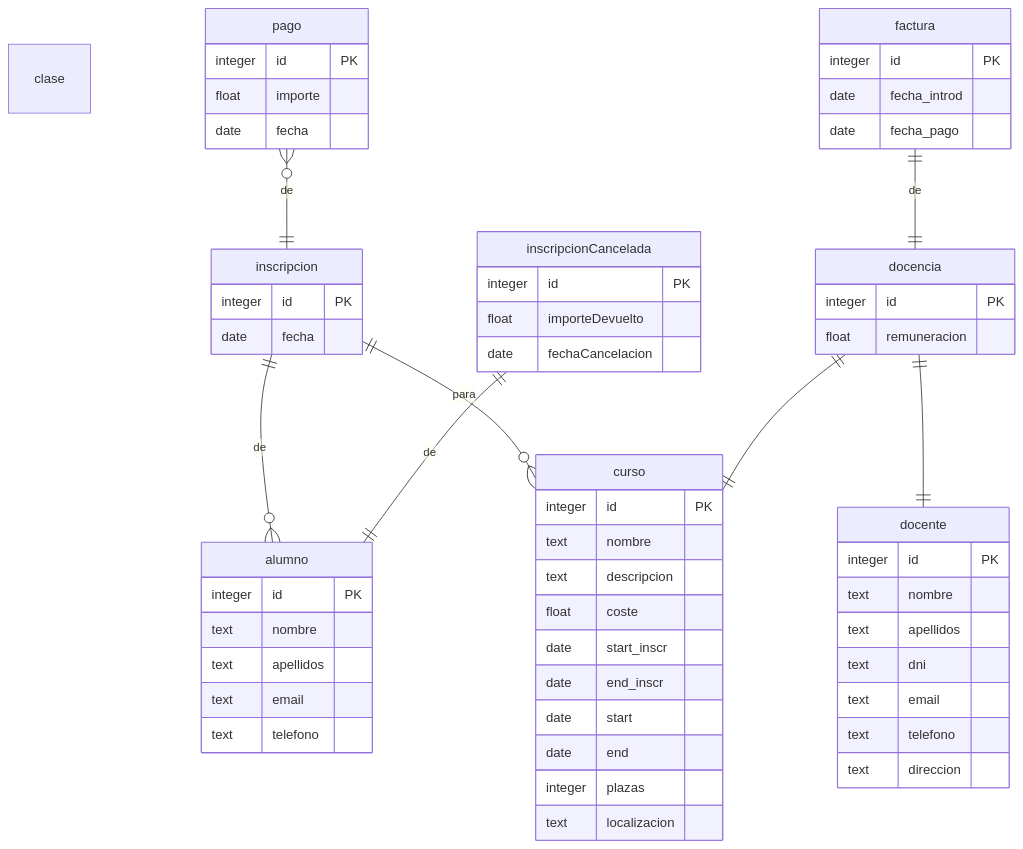
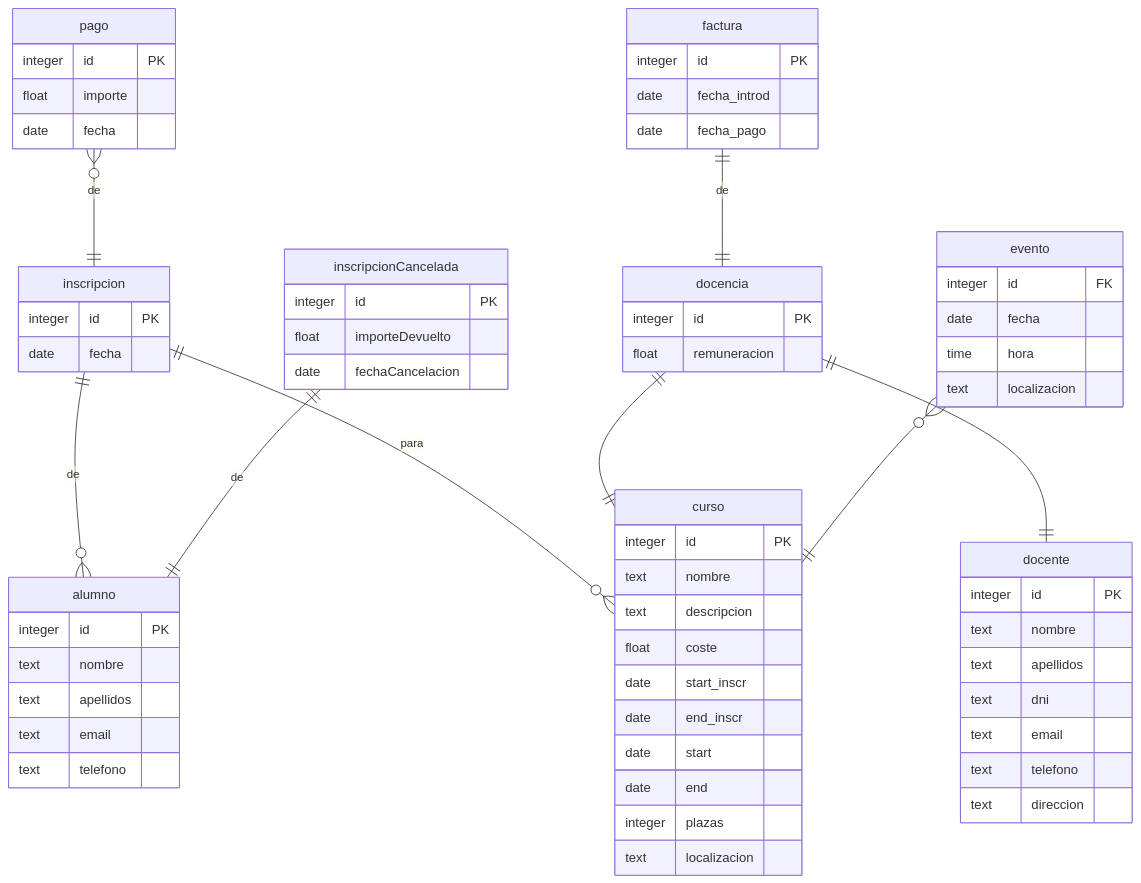
The first of 2 diagrams in EPI/3-2/Sistemas de Información/SI2022-PL41.md (alexZeLoCO/vault-101), drawn with Mermaid before and after one commit.

````diff
--- a/EPI/3-2/Sistemas de Información/SI2022-PL41.md
+++ b/EPI/3-2/Sistemas de Información/SI2022-PL41.md
@@ -17,69 +17,74 @@
 ```mermaid
 erDiagram
 	curso {
 		integer id PK
 		text nombre
 		text descripcion
 		float coste
 		date start_inscr
 		date end_inscr
 		date start
 		date end
 		integer plazas
 		text localizacion
 	}
 	inscripcion {
 		 integer id PK
 		 date fecha
 	}
 	inscripcionCancelada {
 		 integer id PK
 		 float importeDevuelto
 		 date fechaCancelacion	
 	}
 	alumno {
 		 integer id PK
 		 text nombre
 		 text apellidos
 		 text email
 		 text telefono
 	}
 	docente {
 		 integer id PK 
 		 text nombre
 	     text apellidos
 	     text dni
 	     text email
 	     text telefono
 		 text direccion 
 	}
 	docencia {
 		 integer id PK
 		 float remuneracion
 	}
-	clase {
-		  
+	evento {
+		integer id FK
+		date fecha
+		time hora
+		text localizacion
 	}
 	pago {
 		 integer id PK
 		 float importe
 		 date fecha
 	}
 	factura {
 		 integer id PK
 		 date fecha_introd
 		 date fecha_pago
 	}
 
 	inscripcion ||--o{ alumno : "de"
     inscripcion ||--o{ curso : "para"
 
 	inscripcionCancelada ||--|| alumno : "de"
 
 	docencia ||--|| docente : ""
 	docencia ||--|| curso : ""
 
 	pago }o--|| inscripcion : "de"
  
 	factura ||--|| docencia : "de"
+	
+	evento }o--|| curso : ""
 ```
````
